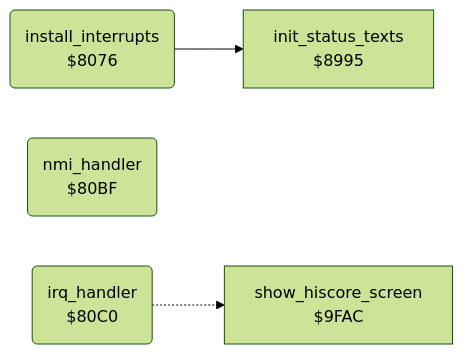
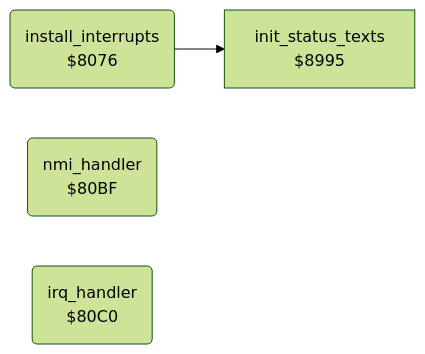
Before and after one commit to henols/c64_games: the diagram in hover_bovver/docs/reference/modules/irq/interrupts.md, drawn with Mermaid (forest theme). The commit also changed other lines of this file and 1100 other files, not shown here.

````diff
--- a/hover_bovver/docs/reference/modules/irq/interrupts.md
+++ b/hover_bovver/docs/reference/modules/irq/interrupts.md
@@ -10,10 +18,8 @@
 ```mermaid
 flowchart LR
   n8076("install_interrupts<br/>$8076")
   n80bf("nmi_handler<br/>$80BF")
   n80c0("irq_handler<br/>$80C0")
   n8995["init_status_texts<br/>$8995"]
-  n9fac["show_hiscore_screen<br/>$9FAC"]
   n8076 --> n8995
-  n80c0 -.-> n9fac
 ```
````
